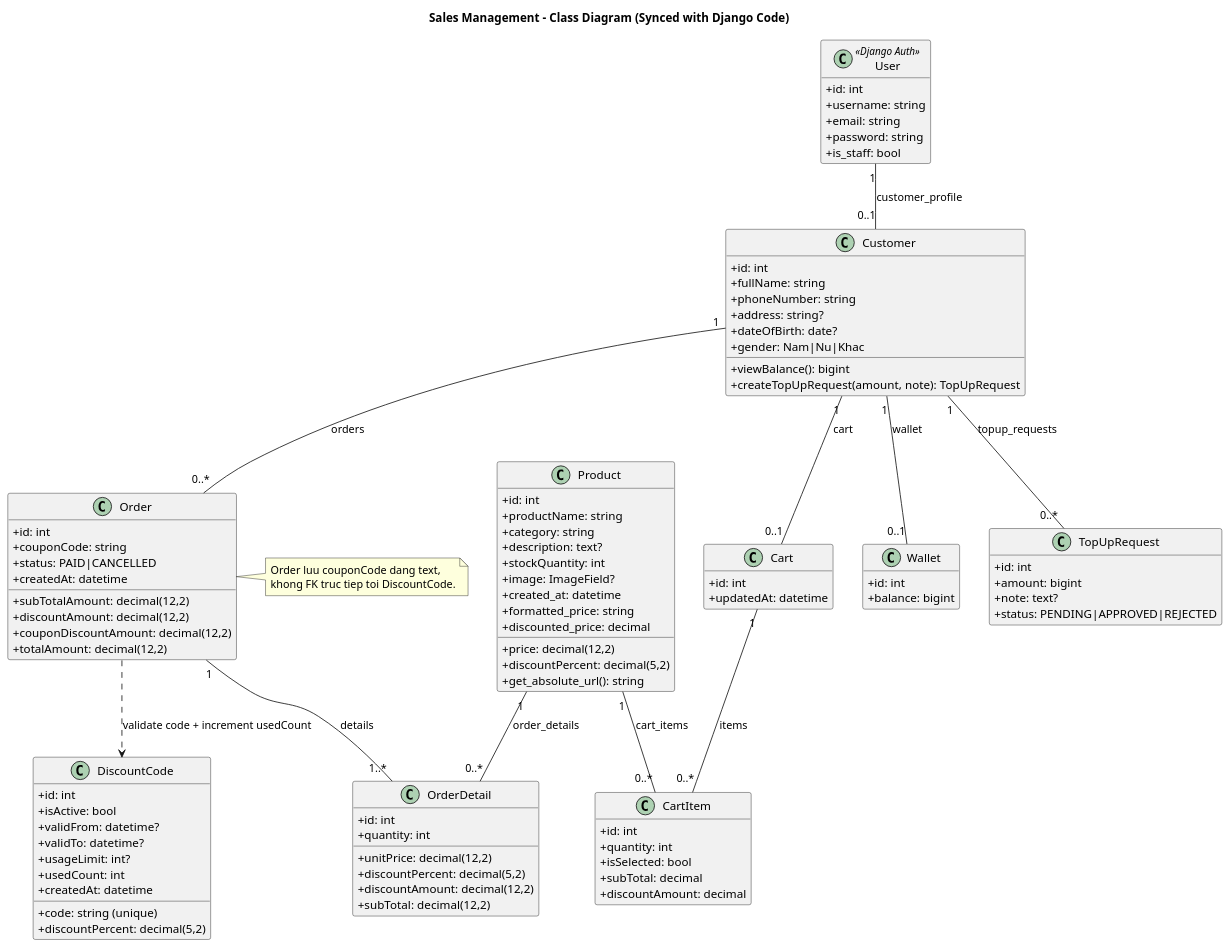
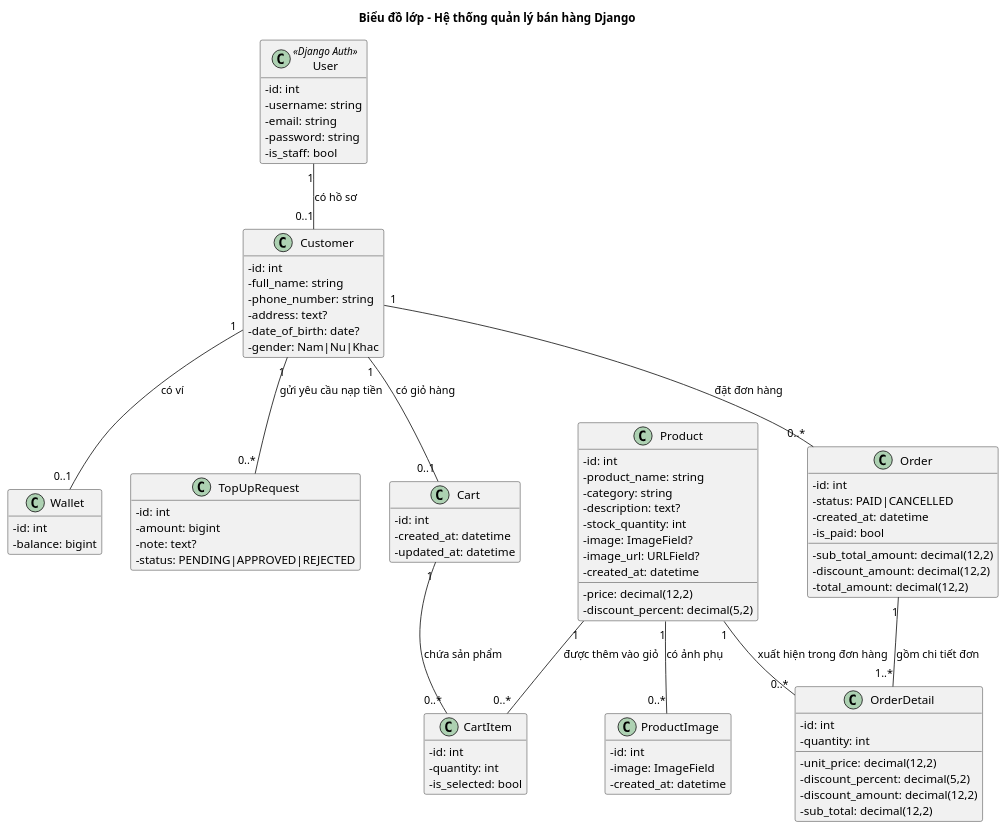
Before and after one commit to ducAnhNotEm/Quan_ly_ban_hang: the diagram in UML/class_diagram.puml, drawn with PlantUML. The commit also changed 28 other files, not shown here.

Commit message:
feat: simplify flows, update UMLs, cleanup imports, and fix cart-add redirect

```diff
--- a/UML/class_diagram.puml
+++ b/UML/class_diagram.puml
@@ -1,117 +1,99 @@
 @startuml
-title Sales Management - Class Diagram (Synced with Django Code)
+title Biểu đồ lớp - Hệ thống quản lý bán hàng Django
 
 skinparam classAttributeIconSize 0
 hide empty members
 
 class User <<Django Auth>> {
-  +id: int
-  +username: string
-  +email: string
-  +password: string
-  +is_staff: bool
+  - id: int
+  - username: string
+  - email: string
+  - password: string
+  - is_staff: bool
 }
 
-
 class Customer {
-  +id: int
-  +fullName: string
-  +phoneNumber: string
-  +address: string?
-  +dateOfBirth: date?
-  +gender: Nam|Nu|Khac
-  +viewBalance(): bigint
-  +createTopUpRequest(amount, note): TopUpRequest
+  - id: int
+  - full_name: string
+  - phone_number: string
+  - address: text?
+  - date_of_birth: date?
+  - gender: Nam|Nu|Khac
 }
 
 class Wallet {
-  +id: int
-  +balance: bigint
+  - id: int
+  - balance: bigint
 }
 
 class TopUpRequest {
-  +id: int
-  +amount: bigint
-  +note: text?
-  +status: PENDING|APPROVED|REJECTED
+  - id: int
+  - amount: bigint
+  - note: text?
+  - status: PENDING|APPROVED|REJECTED
 }
 
 class Product {
-  +id: int
-  +productName: string
-  +category: string
-  +description: text?
-  +price: decimal(12,2)
-  +discountPercent: decimal(5,2)
-  +stockQuantity: int
-  +image: ImageField?
-  +created_at: datetime
-  +get_absolute_url(): string
-  +formatted_price: string
-  +discounted_price: decimal
+  - id: int
+  - product_name: string
+  - category: string
+  - description: text?
+  - price: decimal(12,2)
+  - discount_percent: decimal(5,2)
+  - stock_quantity: int
+  - image: ImageField?
+  - image_url: URLField?
+  - created_at: datetime
+}
+
+class ProductImage {
+  - id: int
+  - image: ImageField
+  - created_at: datetime
 }
 
 class Cart {
-  +id: int
-  +updatedAt: datetime
+  - id: int
+  - created_at: datetime
+  - updated_at: datetime
 }
 
 class CartItem {
-  +id: int
-  +quantity: int
-  +isSelected: bool
-  +subTotal: decimal
-  +discountAmount: decimal
-}
-
-class DiscountCode {
-  +id: int
-  +code: string (unique)
-  +discountPercent: decimal(5,2)
-  +isActive: bool
-  +validFrom: datetime?
-  +validTo: datetime?
-  +usageLimit: int?
-  +usedCount: int
-  +createdAt: datetime
+  - id: int
+  - quantity: int
+  - is_selected: bool
 }
 
 class Order {
-  +id: int
-  +subTotalAmount: decimal(12,2)
-  +discountAmount: decimal(12,2)
-  +couponCode: string
-  +couponDiscountAmount: decimal(12,2)
-  +totalAmount: decimal(12,2)
-  +status: PAID|CANCELLED
-  +createdAt: datetime
+  - id: int
+  - sub_total_amount: decimal(12,2)
+  - discount_amount: decimal(12,2)
+  - total_amount: decimal(12,2)
+  - status: PAID|CANCELLED
+  - created_at: datetime
+  - is_paid: bool
 }
 
 class OrderDetail {
-  +id: int
-  +quantity: int
-  +unitPrice: decimal(12,2)
-  +discountPercent: decimal(5,2)
-  +discountAmount: decimal(12,2)
-  +subTotal: decimal(12,2)
+  - id: int
+  - quantity: int
+  - unit_price: decimal(12,2)
+  - discount_percent: decimal(5,2)
+  - discount_amount: decimal(12,2)
+  - sub_total: decimal(12,2)
 }
 
-User "1" -- "0..1" Customer : customer_profile
-Customer "1" -- "0..1" Wallet : wallet
-Customer "1" -- "0..*" TopUpRequest : topup_requests
-Customer "1" -- "0..1" Cart : cart
-Cart "1" -- "0..*" CartItem : items
-Product "1" -- "0..*" CartItem : cart_items
-Customer "1" -- "0..*" Order : orders
-Order "1" -- "1..*" OrderDetail : details
-Product "1" -- "0..*" OrderDetail : order_details
-Order ..> DiscountCode : validate code + increment usedCount
+User "1" -- "0..1" Customer : có hồ sơ
+Customer "1" -- "0..1" Wallet : có ví
+Customer "1" -- "0..*" TopUpRequest : gửi yêu cầu nạp tiền
+Customer "1" -- "0..1" Cart : có giỏ hàng
 
+Cart "1" -- "0..*" CartItem : chứa sản phẩm
+Product "1" -- "0..*" CartItem : được thêm vào giỏ
 
+Customer "1" -- "0..*" Order : đặt đơn hàng
+Order "1" -- "1..*" OrderDetail : gồm chi tiết đơn
+Product "1" -- "0..*" OrderDetail : xuất hiện trong đơn hàng
 
-note right of Order
-  Order luu couponCode dang text,
-  khong FK truc tiep toi DiscountCode.
-end note
-
+Product "1" -- "0..*" ProductImage : có ảnh phụ
 @enduml
```
